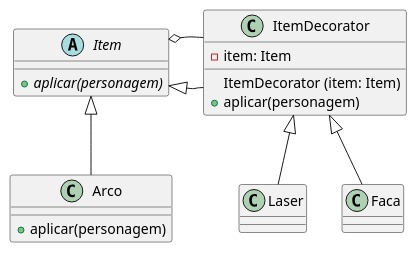
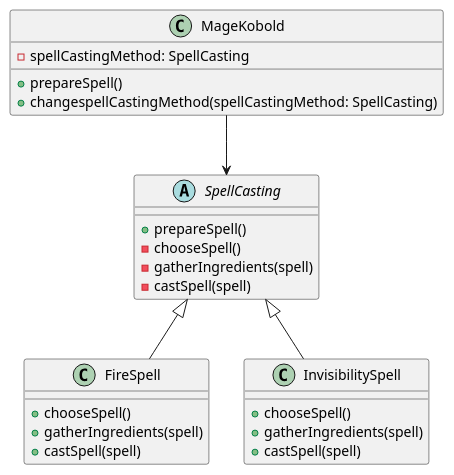
One commit to 20242-ifba-saj-ads-ppr/seminario-ppr-comportamentais-equipe5 changed the diagram in src/motivacao_com_padrao.puml. Above: the diagram before and after it, drawn with PlantUML. The commit also changed 2 other files, not shown here.

```diff
--- a/src/motivacao_com_padrao.puml
+++ b/src/motivacao_com_padrao.puml
@@ -1,19 +1,30 @@
 @startuml
-abstract class Item {
-  + {abstract} aplicar(personagem)
-}
-class Arco extends Item {
-  + aplicar(personagem)
-}
-class ItemDecorator extends Item {
-  - item: Item
-  ItemDecorator (item: Item)
-  + aplicar(personagem)
+abstract class SpellCasting {
+    +prepareSpell()
+    -chooseSpell()
+    -gatherIngredients(spell)
+    -castSpell(spell)
 }
 
-ItemDecorator -o Item
+class FireSpell {
+    +chooseSpell()
+    +gatherIngredients(spell)
+    +castSpell(spell)
+}
 
-ItemDecorator <|-- Laser 
-ItemDecorator <|-- Faca 
+class InvisibilitySpell {
+    +chooseSpell()
+    +gatherIngredients(spell)
+    +castSpell(spell)
+}
 
+class MageKobold {
+    -spellCastingMethod: SpellCasting
+    +prepareSpell()
+    +changespellCastingMethod(spellCastingMethod: SpellCasting)
+}
+
+SpellCasting <|-- FireSpell
+SpellCasting <|-- InvisibilitySpell
+MageKobold --> SpellCasting
 @enduml
```
